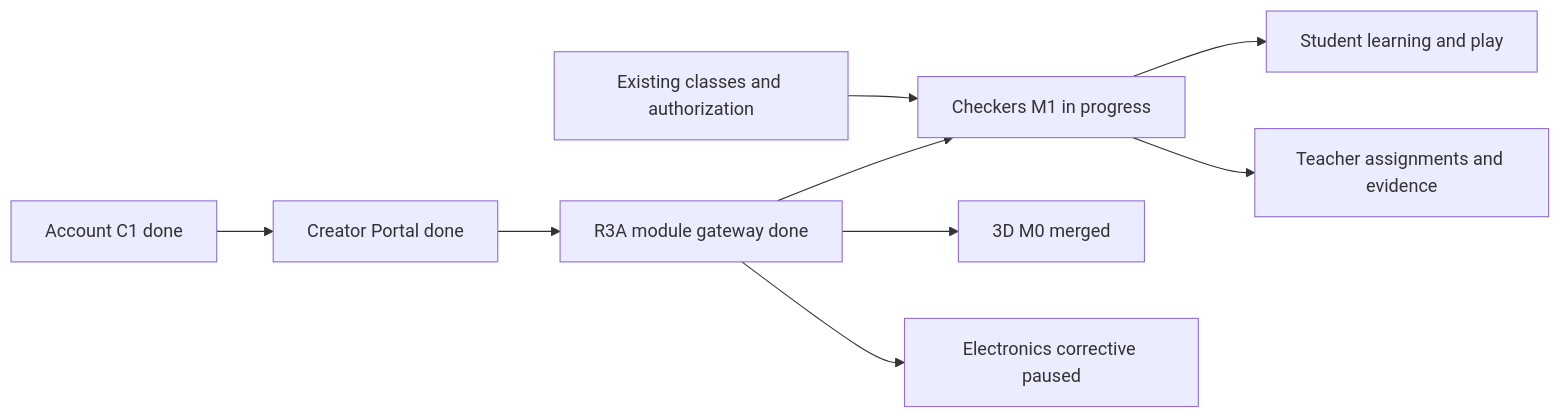
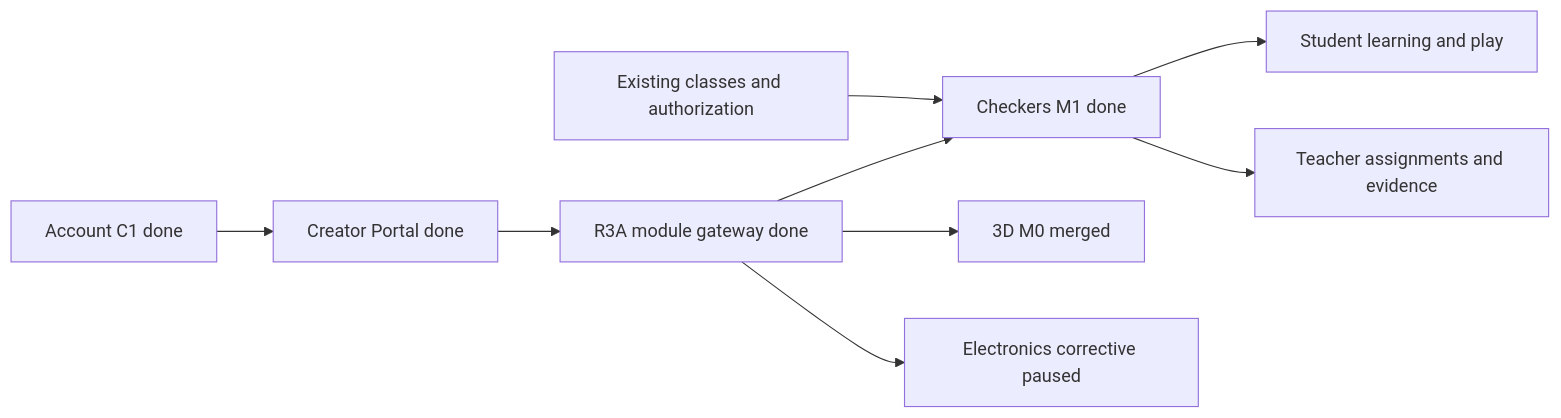
The diagram in docs/project-map/PROJECT_MAP.md (spikeal8-maker/asa-lab), drawn with Mermaid before and after one commit. The commit also changed other lines of this file and 6 other files, not shown here.

````diff
--- a/docs/project-map/PROJECT_MAP.md
+++ b/docs/project-map/PROJECT_MAP.md
@@ -27,11 +27,11 @@
 ```mermaid
 flowchart LR
   ACCOUNT["Account C1 done"] --> PORTAL["Creator Portal done"]
   PORTAL --> GATE["R3A module gateway done"]
-  GATE --> CHECKERS["Checkers M1 in progress"]
+  GATE --> CHECKERS["Checkers M1 done"]
   GATE --> THREED["3D M0 merged"]
   GATE --> ELECTRONICS["Electronics corrective paused"]
   CLASSROOM["Existing classes and authorization"] --> CHECKERS
   CHECKERS --> STUDENT["Student learning and play"]
   CHECKERS --> TEACHER["Teacher assignments and evidence"]
 ```
````
